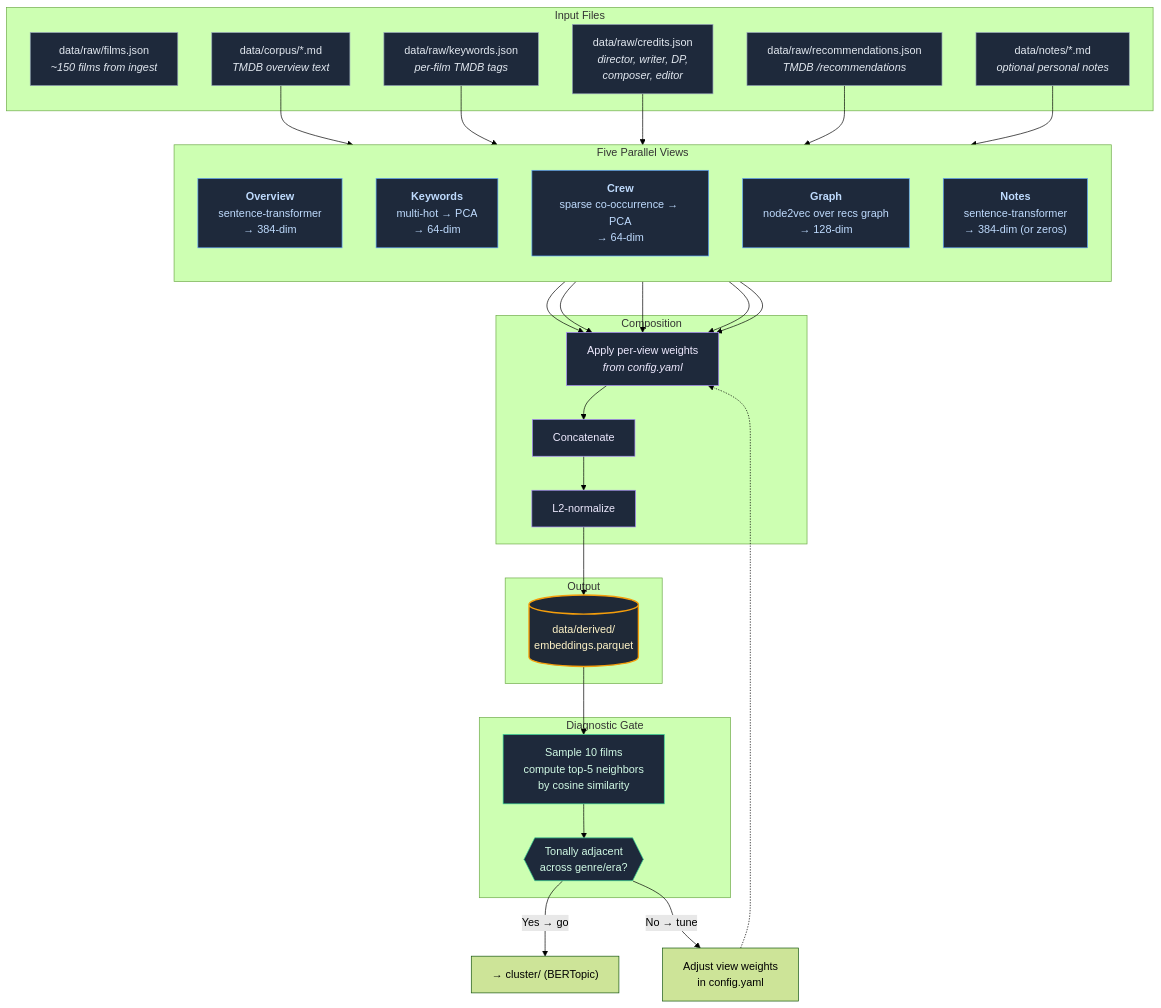
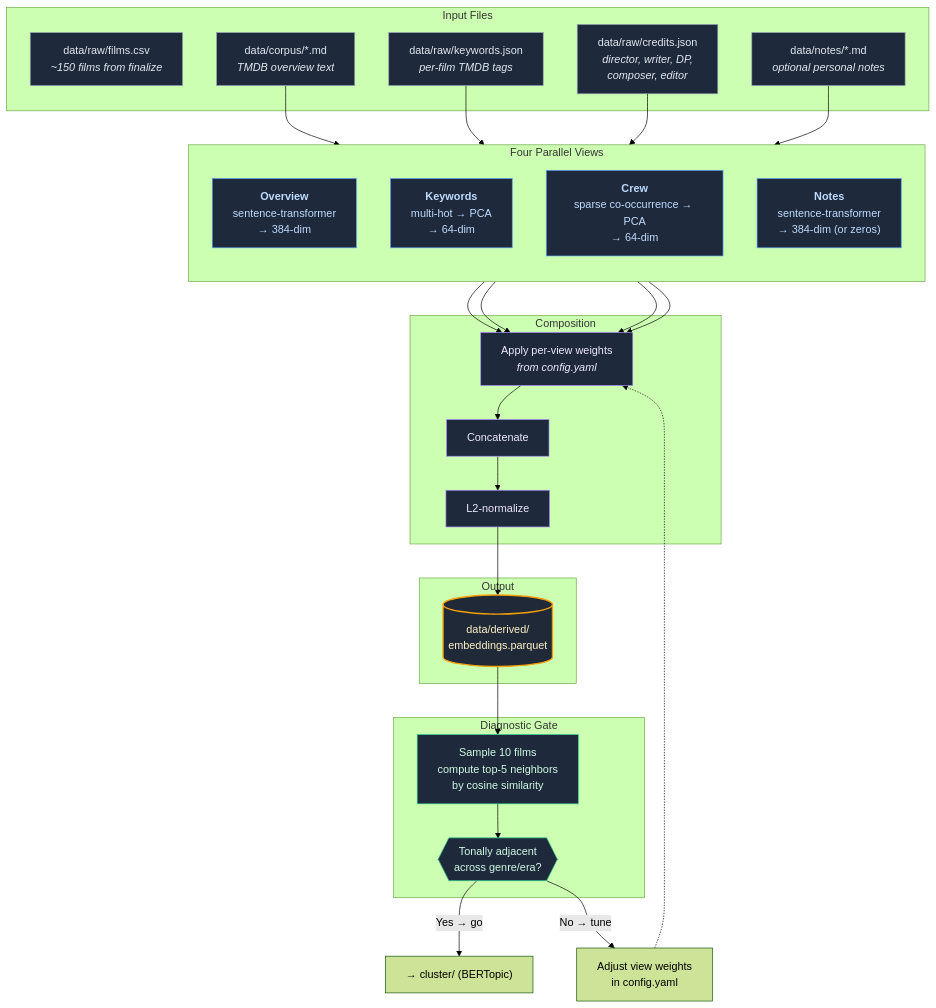
One commit to will-walker-artemis/flickseed changed the diagram in docs/embedding-pipeline.md. Above: the diagram before and after it, drawn with Mermaid (forest theme). The commit also changed other lines of this file and 4 other files, not shown here.

````diff
--- a/docs/embedding-pipeline.md
+++ b/docs/embedding-pipeline.md
@@ -13,69 +13,65 @@
 ```mermaid
 flowchart TB
     subgraph inputs["Input Files"]
-        films["data/raw/films.json<br><i>~150 films from ingest</i>"]
+        films["data/raw/films.csv<br><i>~150 films from finalize</i>"]
         keywords["data/raw/keywords.json<br><i>per-film TMDB tags</i>"]
         credits["data/raw/credits.json<br><i>director, writer, DP,<br>composer, editor</i>"]
-        recs["data/raw/recommendations.json<br><i>TMDB /recommendations</i>"]
         corpus["data/corpus/*.md<br><i>TMDB overview text</i>"]
         notes["data/notes/*.md<br><i>optional personal notes</i>"]
     end
 
-    subgraph views["Five Parallel Views"]
+    subgraph views["Four Parallel Views"]
         direction TB
         v_overview["<b>Overview</b><br>sentence-transformer<br>→ 384-dim"]
         v_keywords["<b>Keywords</b><br>multi-hot → PCA<br>→ 64-dim"]
         v_crew["<b>Crew</b><br>sparse co-occurrence → PCA<br>→ 64-dim"]
-        v_graph["<b>Graph</b><br>node2vec over recs graph<br>→ 128-dim"]
         v_notes["<b>Notes</b><br>sentence-transformer<br>→ 384-dim (or zeros)"]
     end
 
     subgraph compose["Composition"]
         weight["Apply per-view weights<br><i>from config.yaml</i>"]
         concat["Concatenate"]
         norm["L2-normalize"]
     end
 
     subgraph output["Output"]
         parquet[("data/derived/<br>embeddings.parquet")]
     end
 
     subgraph gate["Diagnostic Gate"]
         diag["Sample 10 films<br>compute top-5 neighbors<br>by cosine similarity"]
         verdict{{"Tonally adjacent<br>across genre/era?"}}
     end
 
     downstream["→ cluster/ (BERTopic)"]
     tuneWeights["Adjust view weights<br>in config.yaml"]
 
     corpus --> v_overview
     keywords --> v_keywords
     credits --> v_crew
-    recs --> v_graph
     notes --> v_notes
 
     v_overview --> weight
     v_keywords --> weight
     v_crew --> weight
-    v_graph --> weight
     v_notes --> weight
 
     weight --> concat --> norm --> parquet
     parquet --> diag --> verdict
 
     verdict -- "Yes → go" --> downstream
     verdict -- "No → tune" --> tuneWeights
     tuneWeights -.-> weight
 
     classDef input fill:#1e293b,stroke:#94a3b8,color:#e2e8f0
     classDef view fill:#1e293b,stroke:#60a5fa,color:#bfdbfe
     classDef compose fill:#1e293b,stroke:#a78bfa,color:#ede9fe
     classDef gate fill:#1e293b,stroke:#34d399,color:#d1fae5
     classDef output fill:#1f2937,stroke:#f59e0b,stroke-width:2px,color:#fef3c7
 
-    class films,keywords,credits,recs,corpus,notes input
-    class v_overview,v_keywords,v_crew,v_graph,v_notes view
+    class films,keywords,credits,corpus,notes input
+    class v_overview,v_keywords,v_crew,v_notes view
     class weight,concat,norm compose
     class diag,verdict gate
     class parquet output
 ```
````
